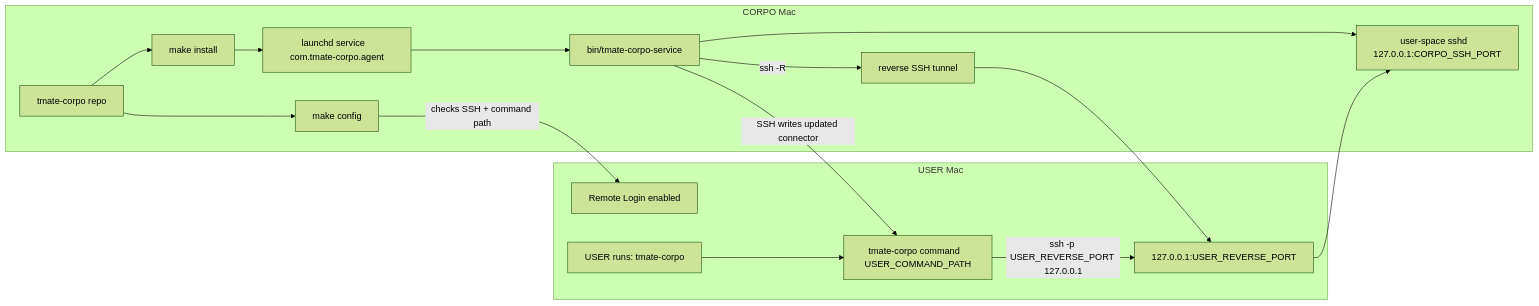
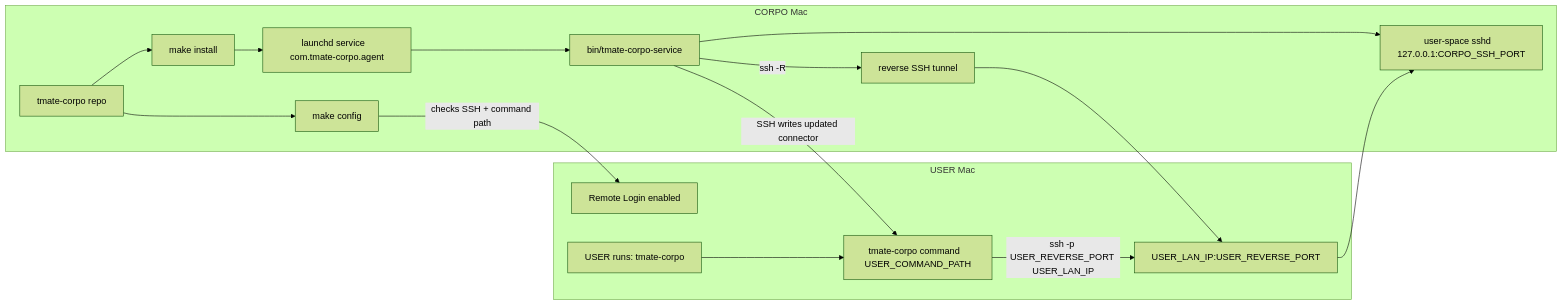
Before and after one commit to levankhelo/tmate-corpo: the diagram in README.md, drawn with Mermaid (forest theme). The commit also changed other lines of this file and 4 other files, not shown here.

Commit message:
Spike reverse SSH LAN bind

````diff
--- a/README.md
+++ b/README.md
@@ -15,32 +15,32 @@
 ```mermaid
 flowchart LR
   subgraph CORPO["CORPO Mac"]
     repo["tmate-corpo repo"]
     makeConfig["make config"]
     makeInstall["make install"]
     launchd["launchd service   com.tmate-corpo.agent"]
     service["bin/tmate-corpo-service"]
     sshd["user-space sshd   127.0.0.1:CORPO_SSH_PORT"]
     tunnel["reverse SSH tunnel"]
   end
 
   subgraph USER["USER Mac"]
     remoteLogin["Remote Login enabled"]
-    reversePort["127.0.0.1:USER_REVERSE_PORT"]
+    reversePort["USER_LAN_IP:USER_REVERSE_PORT"]
     command["tmate-corpo command   USER_COMMAND_PATH"]
     userRun["USER runs:   tmate-corpo"]
   end
 
   repo --> makeConfig
   makeConfig -->|"checks SSH + command path"| remoteLogin
   repo --> makeInstall
   makeInstall --> launchd
   launchd --> service
   service --> sshd
   service -->|"ssh -R"| tunnel
   tunnel --> reversePort
   service -->|"SSH writes updated connector"| command
   userRun --> command
-  command -->|"ssh -p USER_REVERSE_PORT 127.0.0.1"| reversePort
+  command -->|"ssh -p USER_REVERSE_PORT USER_LAN_IP"| reversePort
   reversePort --> sshd
 ```
````
